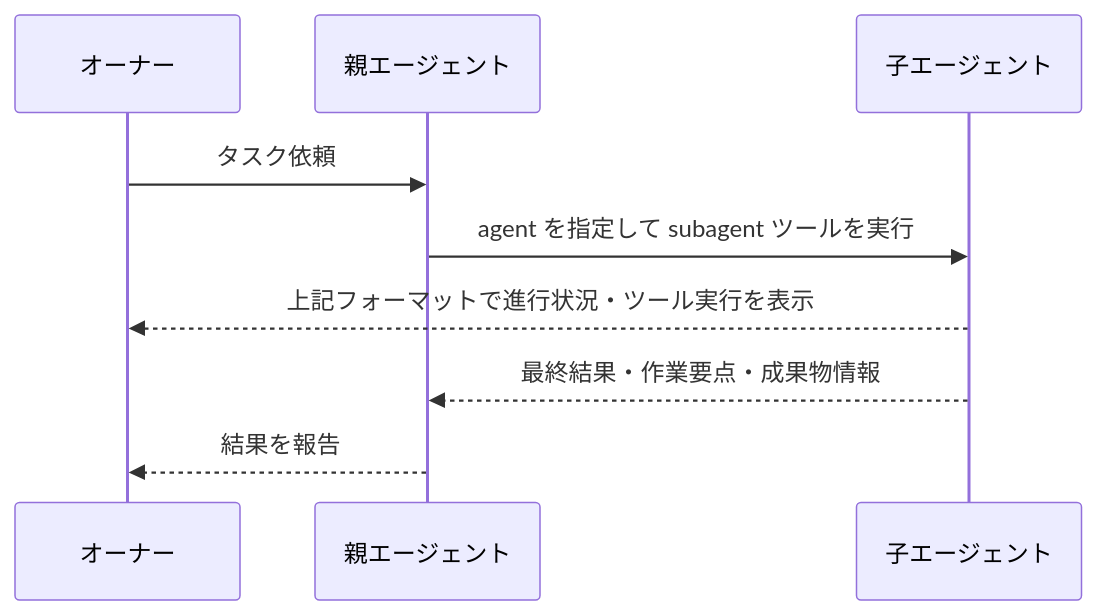
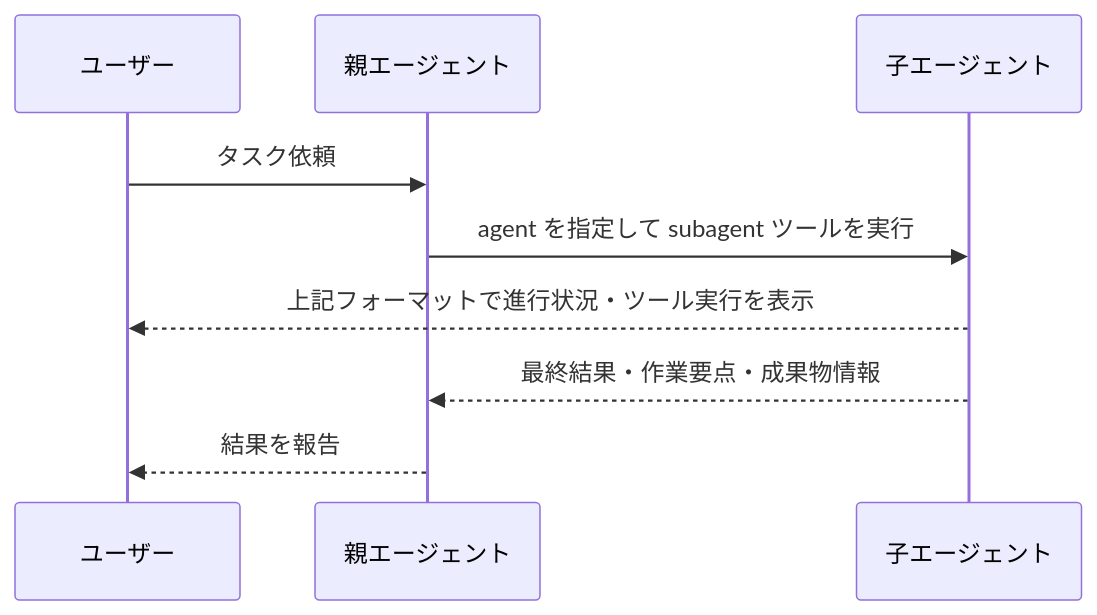
The third of 3 diagrams in dotfiles/.pi/agent/extensions.exact/agents/SPEC.md (CatBraaain/dotfiles), drawn with Mermaid before and after one commit. The commit also changed other lines of this file and 20 other files, not shown here.

Commit message:
docs: replace owner/オーナー terminology with user/ユーザー across agent contexts

````diff
--- a/dotfiles/.pi/agent/extensions.exact/agents/SPEC.md
+++ b/dotfiles/.pi/agent/extensions.exact/agents/SPEC.md
@@ -397,12 +397,12 @@
 ```mermaid
 sequenceDiagram
-    participant Owner as オーナー
+    participant User as ユーザー
     participant Parent as 親エージェント
     participant Child as 子エージェント
 
-    Owner->>Parent: タスク依頼
+    User->>Parent: タスク依頼
     Parent->>Child: agent を指定して subagent ツールを実行
-    Child-->>Owner: 上記フォーマットで進行状況・ツール実行を表示
+    Child-->>User: 上記フォーマットで進行状況・ツール実行を表示
     Child-->>Parent: 最終結果・作業要点・成果物情報
-    Parent-->>Owner: 結果を報告
+    Parent-->>User: 結果を報告
 ```
````
